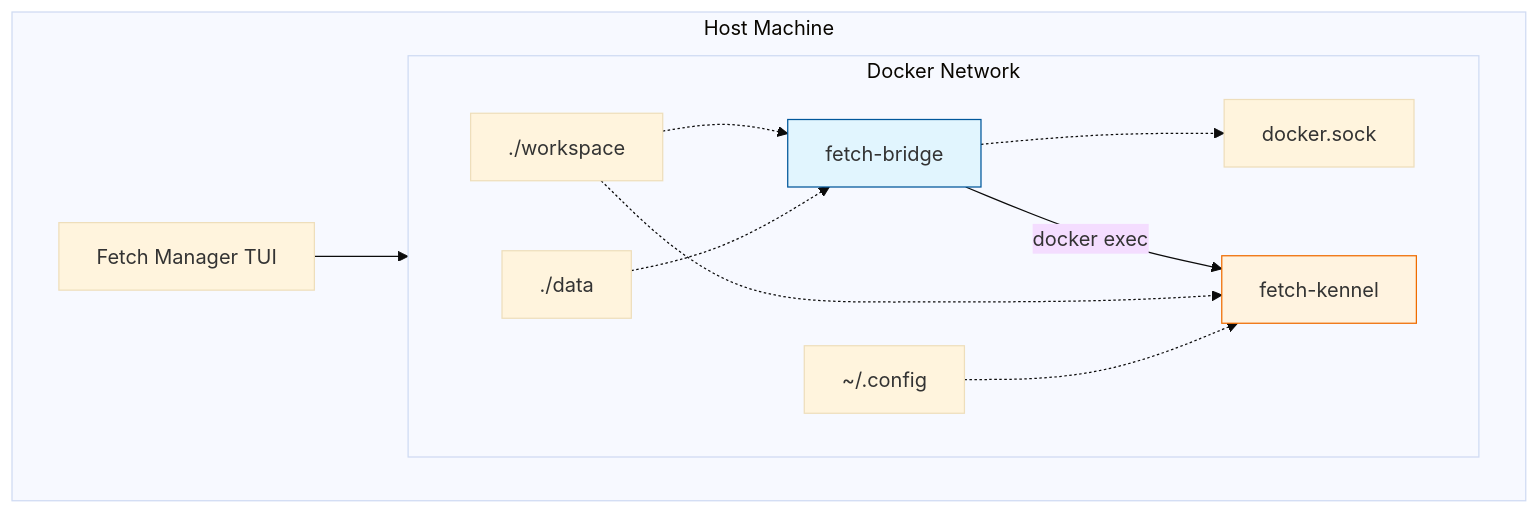
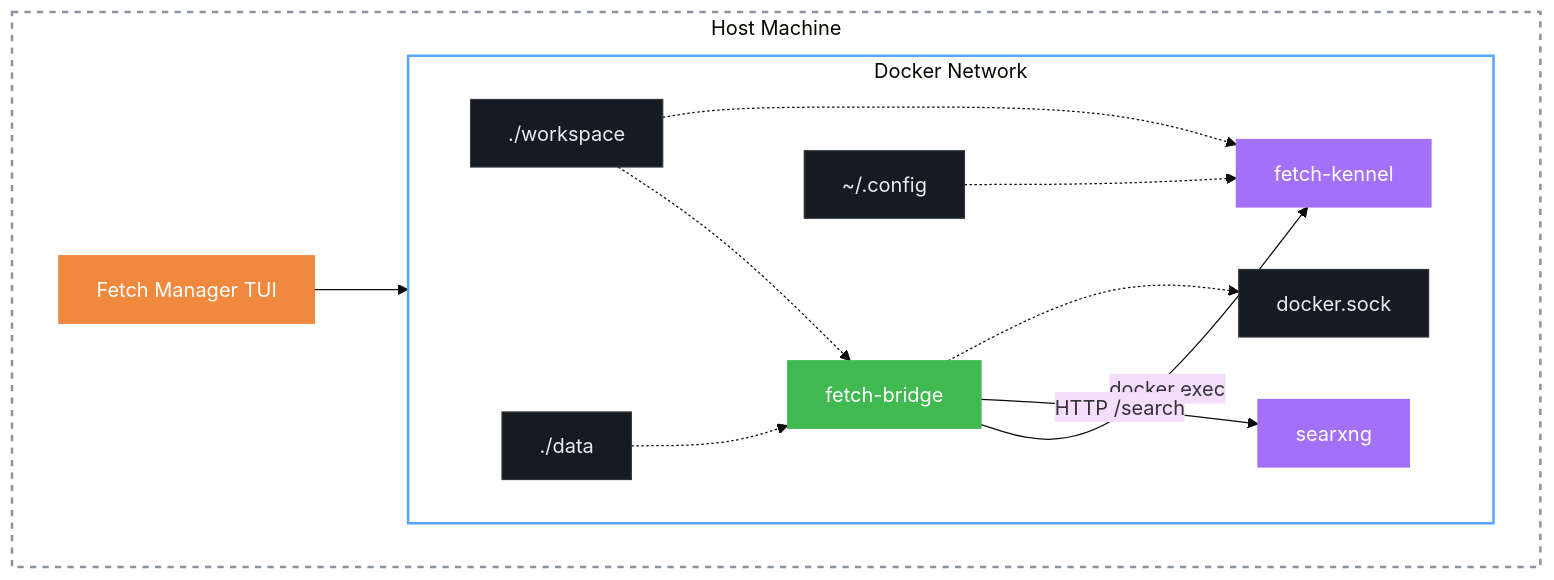
One commit to Traves-Theberge/Fetch changed the third of 3 diagrams in docs/markdown/ARCHITECTURE.md. Above: the diagram before and after it, drawn with Mermaid (base theme). The commit also changed other lines of this file and 67 other files, not shown here.

````diff
--- a/docs/markdown/ARCHITECTURE.md
+++ b/docs/markdown/ARCHITECTURE.md
@@ -289,28 +309,42 @@
 ```mermaid
 graph TB
-    subgraph Host[Host Machine]
-        Manager[Fetch Manager TUI]
-        Socket[docker.sock]
+    subgraph Host["Host Machine"]
+        Manager["Fetch Manager TUI"]
+        Socket["docker.sock"]
         
-        subgraph Docker[Docker Network]
+        subgraph Docker["Docker Network"]
             direction LR
             
-            Bridge[fetch-bridge]
-            Kennel[fetch-kennel]
-            
+            Bridge["fetch-bridge"]
+            Kennel["fetch-kennel"]
+            SearXNG["searxng"]
+
             Bridge -- "docker exec" --> Kennel
+            Bridge -- "HTTP /search" --> SearXNG
             Bridge -.-> Socket
             
-            Vol1[./workspace] -.-> Bridge
+            Vol1["./workspace"] -.-> Bridge
             Vol1 -.-> Kennel
             
-            Vol2[./data] -.-> Bridge
+            Vol2["./data"] -.-> Bridge
             
-            Vol3[~/.config] -.-> Kennel
+            Vol3["~/.config"] -.-> Kennel
         end
     end
     
     Manager --> Socket
-    style Bridge fill:#e1f5fe,stroke:#01579b
-    style Kennel fill:#fff3e0,stroke:#ef6c00
+    
+    classDef bridge fill:#3fb950,stroke:#3fb950,color:#fff
+    classDef kennel fill:#a371f7,stroke:#a371f7,color:#fff
+    classDef manager fill:#f0883e,stroke:#f0883e,color:#fff
+    classDef docker fill:none,stroke:#58a6ff,stroke-width:2px
+    classDef host fill:none,stroke:#8b949e,stroke-width:2px,stroke-dasharray: 5 5
+    classDef volume fill:#161b22,stroke:#30363d,color:#e6edf3
+
+    class Bridge bridge
+    class Kennel,SearXNG kennel
+    class Manager manager
+    class Docker docker
+    class Host host
+    class Vol1,Vol2,Vol3,Socket volume
 ```
````
